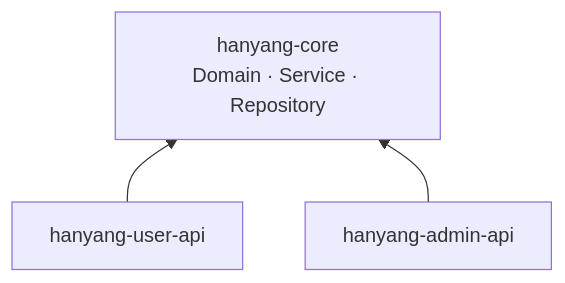
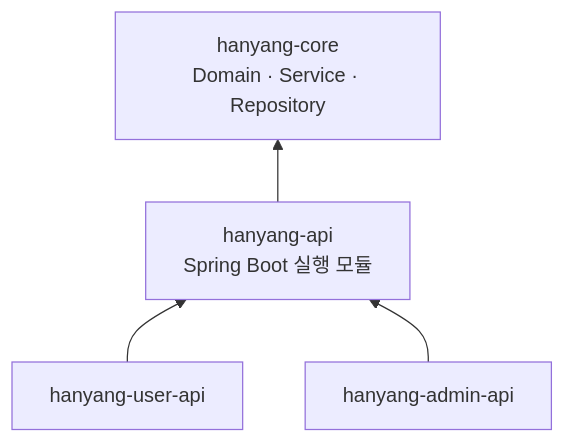
One commit to Hanyangnyang/Backend changed the first of 3 diagrams in README.md. Above: the diagram before and after it, drawn with Mermaid. The commit also changed other lines of this file and 24 other files, not shown here.

Commit message:
feat: unify user and admin API application

````diff
--- a/README.md
+++ b/README.md
@@ -25,5 +25,6 @@
 ```mermaid
 flowchart BT
-    U["hanyang-user-api"] --> C["hanyang-core<br/>Domain · Service · Repository"]
-    A["hanyang-admin-api"] --> C
+    U["hanyang-user-api"] --> H["hanyang-api<br/>Spring Boot 실행 모듈"]
+    A["hanyang-admin-api"] --> H
+    H --> C["hanyang-core<br/>Domain · Service · Repository"]
 ```
````
